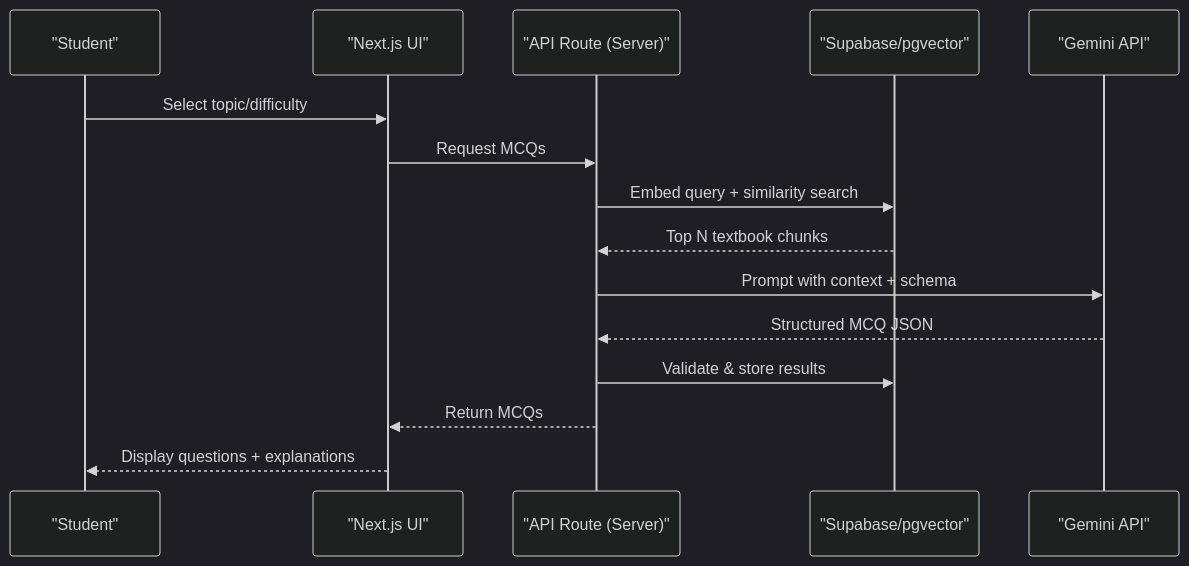
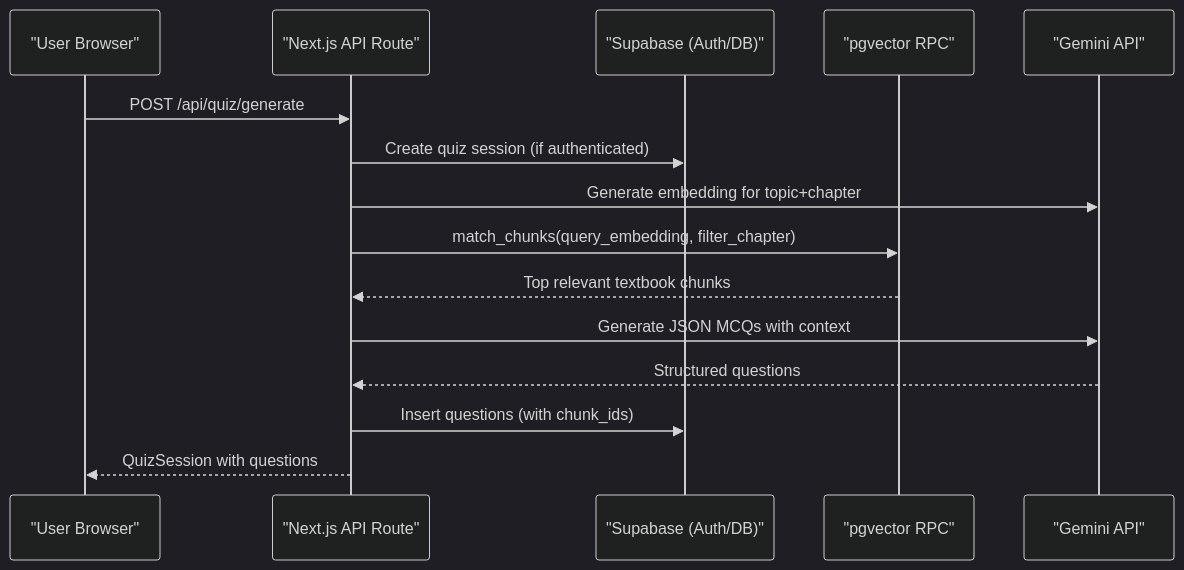
One commit to Daniiyal-creates/MedAce-AI changed the second of 9 diagrams in .qoder/repowiki/en/content/Architecture Overview/Architecture Overview.md. Above: the diagram before and after it, drawn with Mermaid (dark theme). The commit also changed other lines of this file and 159 other files, not shown here.

````diff
--- a/.qoder/repowiki/en/content/Architecture Overview/Architecture Overview.md
+++ b/.qoder/repowiki/en/content/Architecture Overview/Architecture Overview.md
@@ -180,17 +96,17 @@
 ```mermaid
 sequenceDiagram
-participant Student as "Student"
-participant UI as "Next.js UI"
-participant API as "API Route (Server)"
-participant DB as "Supabase/pgvector"
-participant AI as "Gemini API"
-Student->>UI : Select topic/difficulty
-UI->>API : Request MCQs
-API->>DB : Embed query + similarity search
-DB-->>API : Top N textbook chunks
-API->>AI : Prompt with context + schema
-AI-->>API : Structured MCQ JSON
-API->>DB : Validate & store results
-API-->>UI : Return MCQs
-UI-->>Student : Display questions + explanations
+participant U as "User Browser"
+participant N as "Next.js API Route"
+participant S as "Supabase (Auth/DB)"
+participant V as "pgvector RPC"
+participant G as "Gemini API"
+U->>N : POST /api/quiz/generate
+N->>S : Create quiz session (if authenticated)
+N->>G : Generate embedding for topic+chapter
+N->>V : match_chunks(query_embedding, filter_chapter)
+V-->>N : Top relevant textbook chunks
+N->>G : Generate JSON MCQs with context
+G-->>N : Structured questions
+N->>S : Insert questions (with chunk_ids)
+N-->>U : QuizSession with questions
 ```
````
